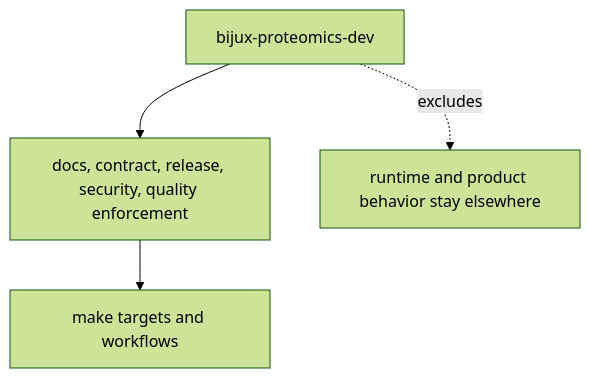
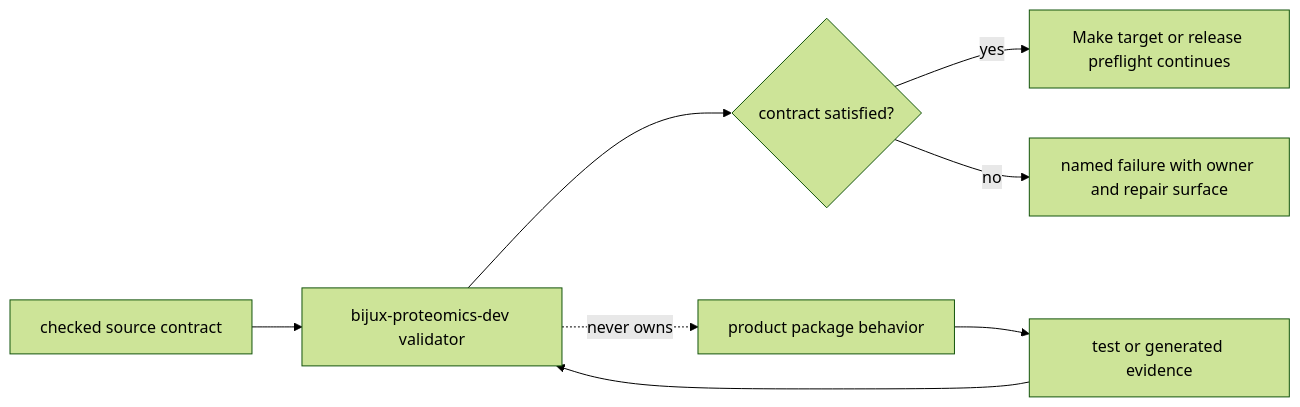
One commit to bijux/bijux-proteomics changed the diagram in docs/08-bijux-proteomics-maintain/bijux-proteomics-dev/scope-and-non-goals.md. Above: the diagram before and after it, drawn with Mermaid (forest theme). The commit also changed other lines of this file and 2 other files, not shown here.

Commit message:
docs(maintain): define enforcement and security boundaries

````diff
--- a/docs/08-bijux-proteomics-maintain/bijux-proteomics-dev/scope-and-non-goals.md
+++ b/docs/08-bijux-proteomics-maintain/bijux-proteomics-dev/scope-and-non-goals.md
@@ -16,11 +23,10 @@
 ```mermaid
-flowchart TB
-    package["bijux-proteomics-dev"]
-    in_scope["docs, contract, release, security, quality enforcement"]
-    callers["make targets and workflows"]
-    out_scope["runtime and product behavior stay elsewhere"]
-
-    package --> in_scope
-    in_scope --> callers
-    package -. excludes .-> out_scope
+flowchart LR
+    contract["checked source contract"] --> helper["bijux-proteomics-dev validator"]
+    product["product package behavior"] --> evidence["test or generated evidence"]
+    evidence --> helper
+    helper --> verdict{"contract satisfied?"}
+    verdict -->|yes| caller["Make target or release preflight continues"]
+    verdict -->|no| refusal["named failure with owner and repair surface"]
+    helper -. never owns .-> product
 ```
````
